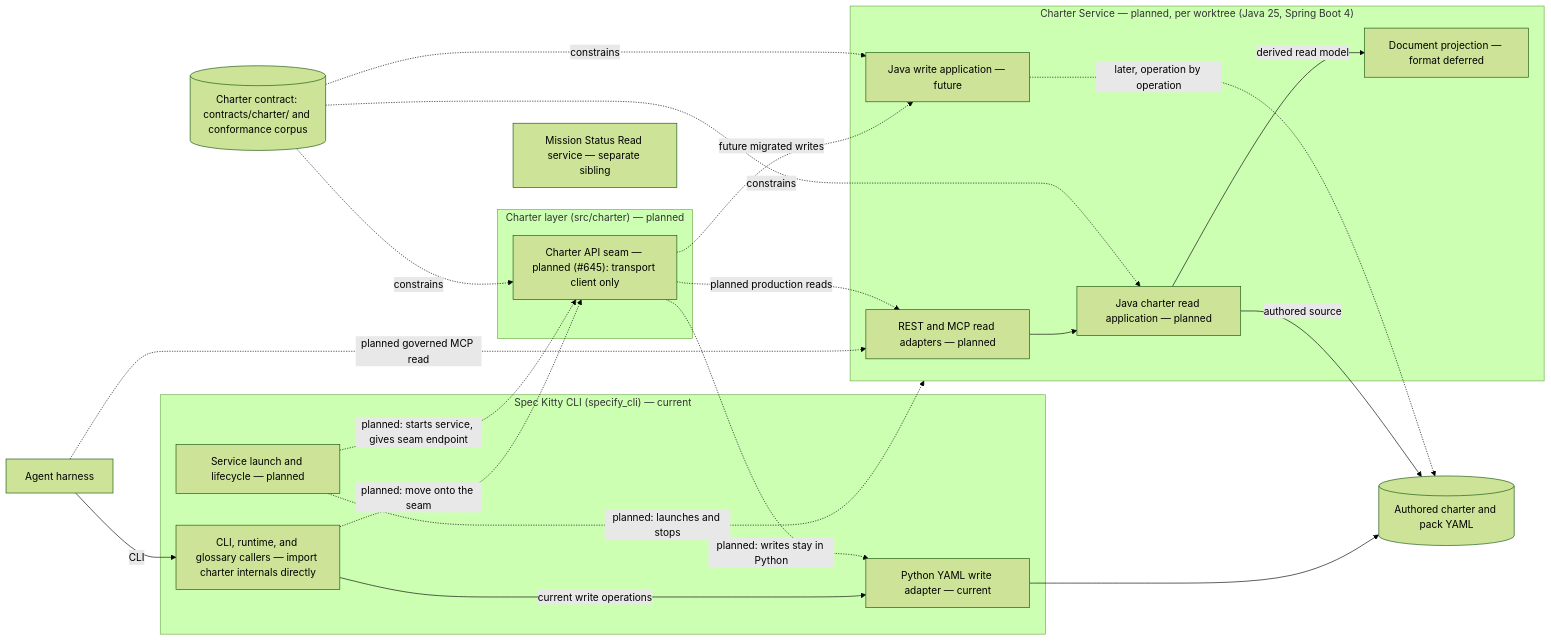
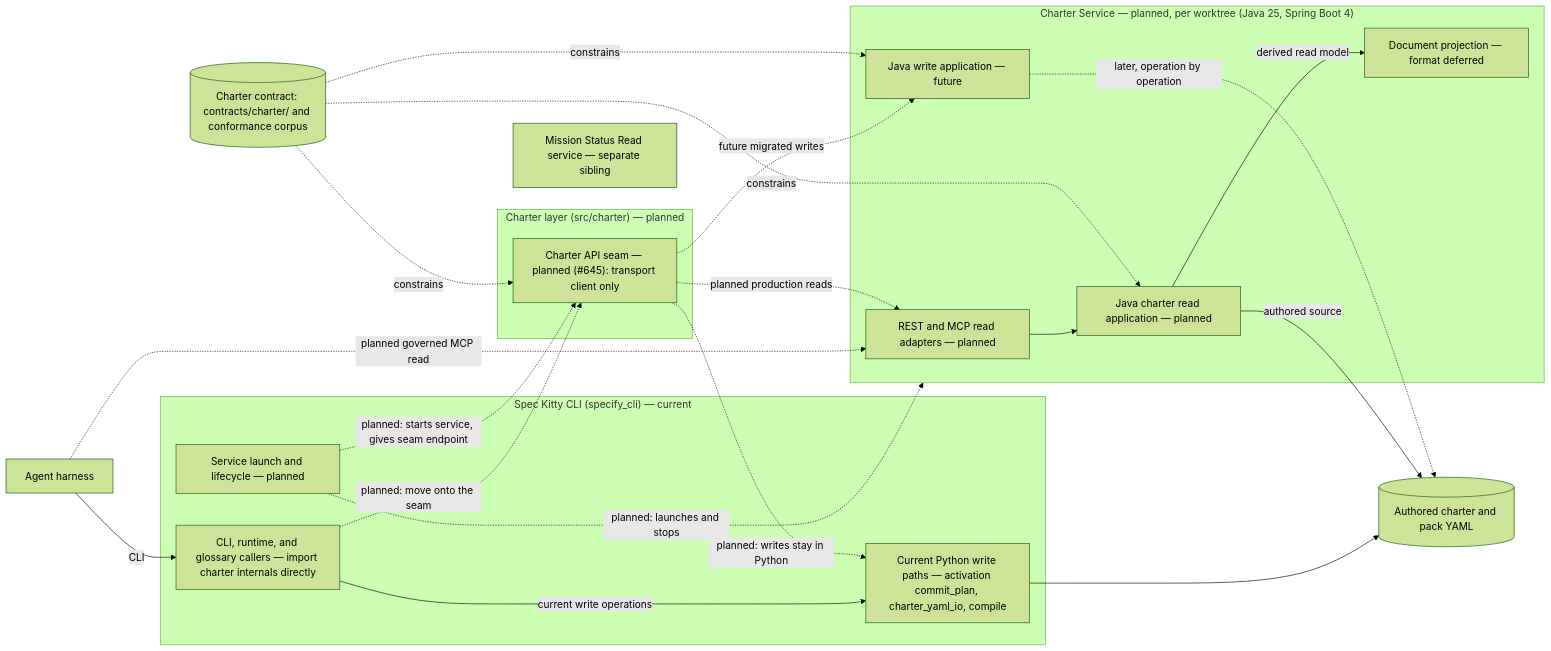
The second of 2 diagrams in docs/architecture/diagrams/02_containers/README.md (spec-kitty/spec-kitty), drawn with Mermaid (forest theme) before and after one commit. The commit also changed 1 other file, not shown here.

Commit message:
docs(landing): name the real charter write paths and the org pack config key

````diff
--- a/docs/architecture/diagrams/02_containers/README.md
+++ b/docs/architecture/diagrams/02_containers/README.md
@@ -108,44 +108,44 @@
 ```mermaid
 flowchart LR
     agent["Agent harness"]
 
     subgraph Python["Spec Kitty CLI (specify_cli) — current"]
       callers["CLI, runtime, and glossary callers — import charter internals directly"]
-      writer["Python YAML write adapter — current"]
+      writer["Current Python write paths — activation commit_plan, charter_yaml_io, compile"]
       lifecycle["Service launch and lifecycle — planned"]
     end
 
     subgraph Planned["Charter layer (src/charter) — planned"]
       seam["Charter API seam — planned (#645): transport client only"]
     end
 
     subgraph Java["Charter Service — planned, per worktree (Java 25, Spring Boot 4)"]
       readApi["REST and MCP read adapters — planned"]
       reader["Java charter read application — planned"]
       javaWriter["Java write application — future"]
       projection["Document projection — format deferred"]
     end
 
     contract[("Charter contract: contracts/charter/ and conformance corpus")]
     yaml[("Authored charter and pack YAML")]
     status["Mission Status Read service — separate sibling"]
 
     agent -->|CLI| callers
     callers -.->|planned: move onto the seam| seam
     agent -.->|planned governed MCP read| readApi
     callers -->|current write operations| writer
     seam -.->|planned: writes stay in Python| writer
     writer --> yaml
     lifecycle -.->|planned: starts service, gives seam endpoint| seam
     lifecycle -.->|planned: launches and stops| Java
     seam -.->|planned production reads| readApi
     seam -.->|future migrated writes| javaWriter
     readApi --> reader
     reader -->|authored source| yaml
     reader -->|derived read model| projection
     javaWriter -.->|later, operation by operation| yaml
     contract -.->|constrains| seam
     contract -.->|constrains| reader
     contract -.->|constrains| javaWriter
     status ~~~ Java
 ```
````
